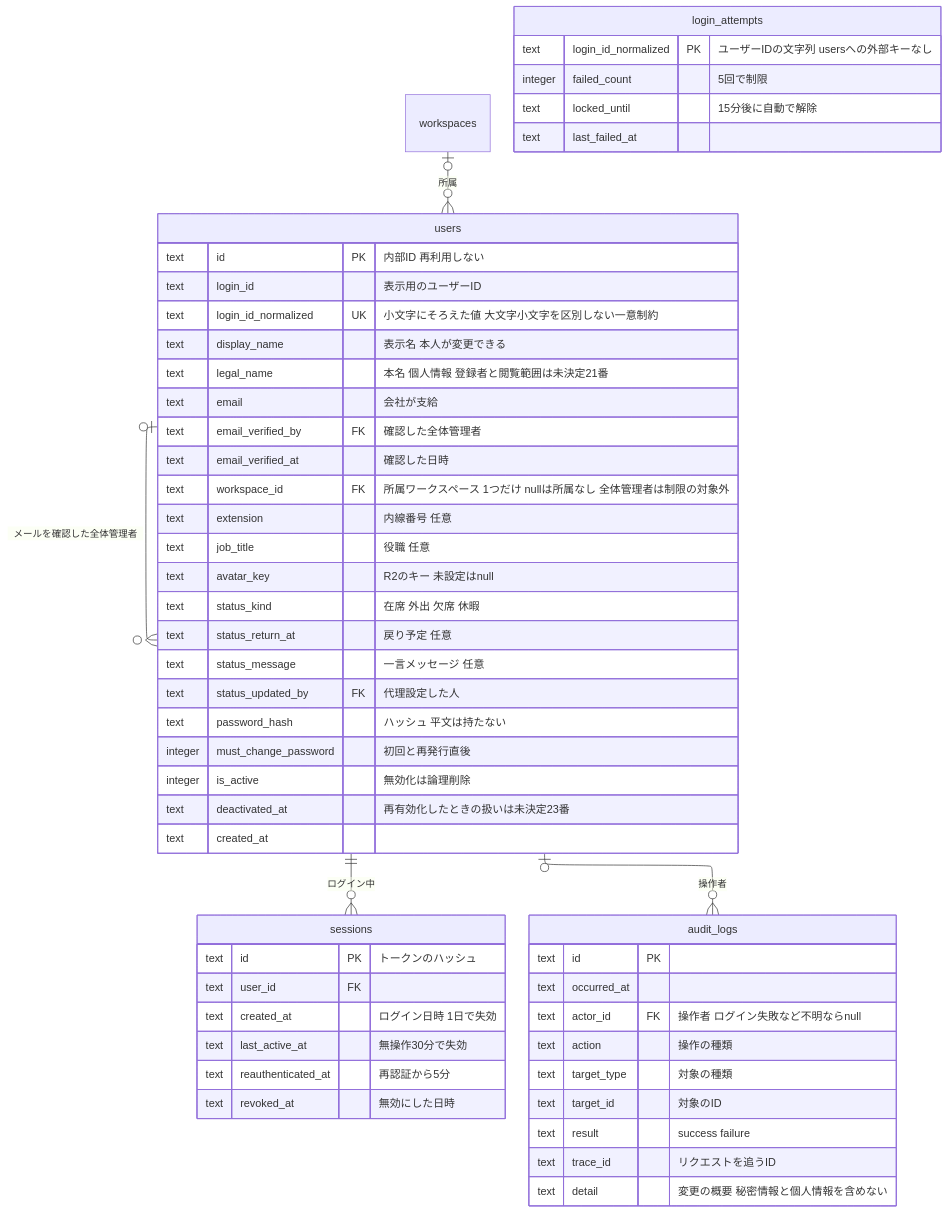
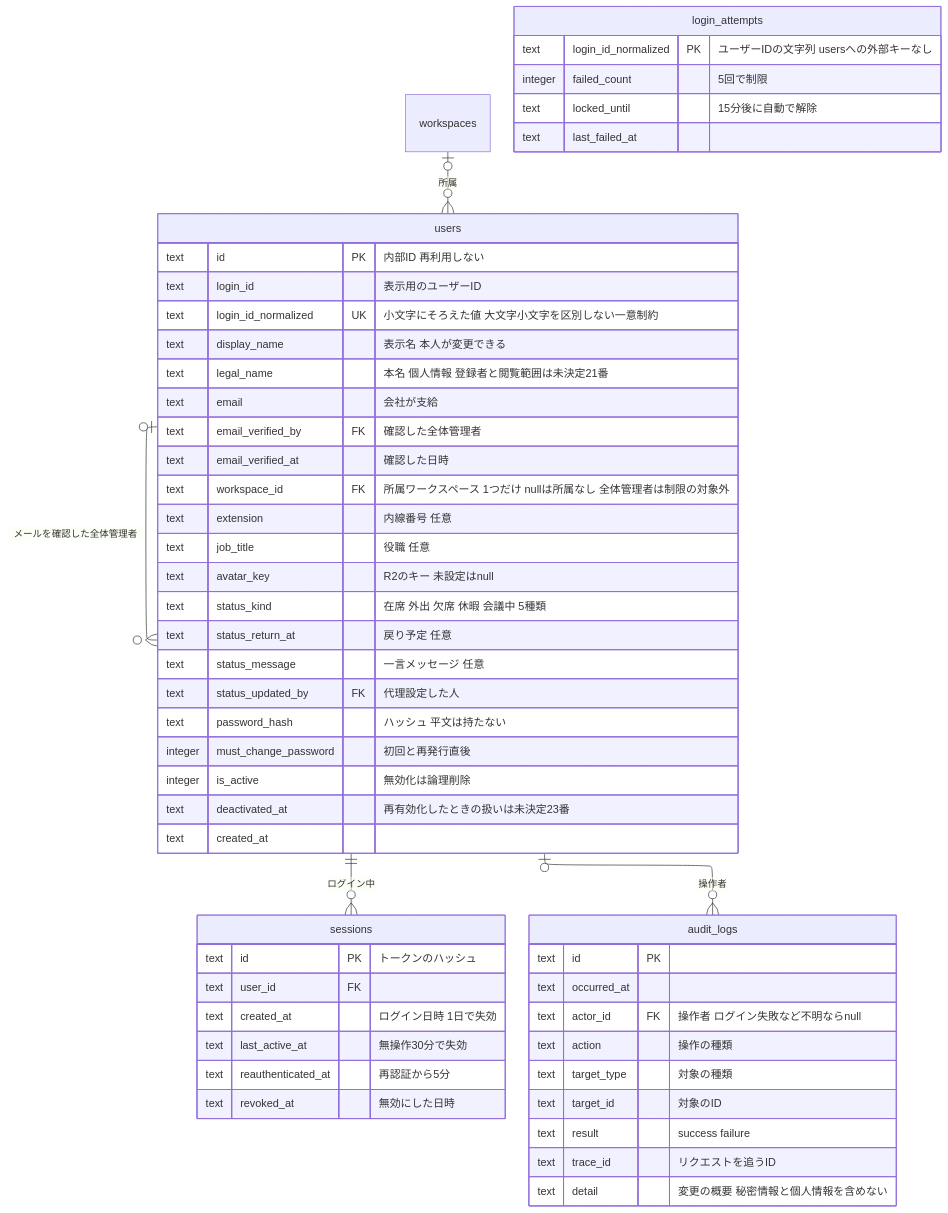
One commit to yamamotonaoki3/internal-system changed the fifth of 8 diagrams in docs/requirements/data-model.md. Above: the diagram before and after it, drawn with Mermaid. The commit also changed other lines of this file and 9 other files, not shown here.

````diff
--- a/docs/requirements/data-model.md
+++ b/docs/requirements/data-model.md
@@ -124,60 +138,60 @@
 ```mermaid
 ---
 config:
   layout: elk
 ---
 erDiagram
     workspaces |o--o{ users : "所属"
     users ||--o{ sessions : "ログイン中"
     users |o--o{ audit_logs : "操作者"
     users |o--o{ users : "メールを確認した全体管理者"
 
     users {
         text id PK "内部ID 再利用しない"
         text login_id "表示用のユーザーID"
         text login_id_normalized UK "小文字にそろえた値 大文字小文字を区別しない一意制約"
         text display_name "表示名 本人が変更できる"
         text legal_name "本名 個人情報 登録者と閲覧範囲は未決定21番"
         text email "会社が支給"
         text email_verified_by FK "確認した全体管理者"
         text email_verified_at "確認した日時"
         text workspace_id FK "所属ワークスペース 1つだけ nullは所属なし 全体管理者は制限の対象外"
         text extension "内線番号 任意"
         text job_title "役職 任意"
         text avatar_key "R2のキー 未設定はnull"
-        text status_kind "在席 外出 欠席 休暇"
+        text status_kind "在席 外出 欠席 休暇 会議中 5種類"
         text status_return_at "戻り予定 任意"
         text status_message "一言メッセージ 任意"
         text status_updated_by FK "代理設定した人"
         text password_hash "ハッシュ 平文は持たない"
         integer must_change_password "初回と再発行直後"
         integer is_active "無効化は論理削除"
         text deactivated_at "再有効化したときの扱いは未決定23番"
         text created_at
     }
     sessions {
         text id PK "トークンのハッシュ"
         text user_id FK
         text created_at "ログイン日時 1日で失効"
         text last_active_at "無操作30分で失効"
         text reauthenticated_at "再認証から5分"
         text revoked_at "無効にした日時"
     }
     login_attempts {
         text login_id_normalized PK "ユーザーIDの文字列 usersへの外部キーなし"
         integer failed_count "5回で制限"
         text locked_until "15分後に自動で解除"
         text last_failed_at
     }
     audit_logs {
         text id PK
         text occurred_at
         text actor_id FK "操作者 ログイン失敗など不明ならnull"
         text action "操作の種類"
         text target_type "対象の種類"
         text target_id "対象のID"
         text result "success failure"
         text trace_id "リクエストを追うID"
         text detail "変更の概要 秘密情報と個人情報を含めない"
     }
 ```
````
